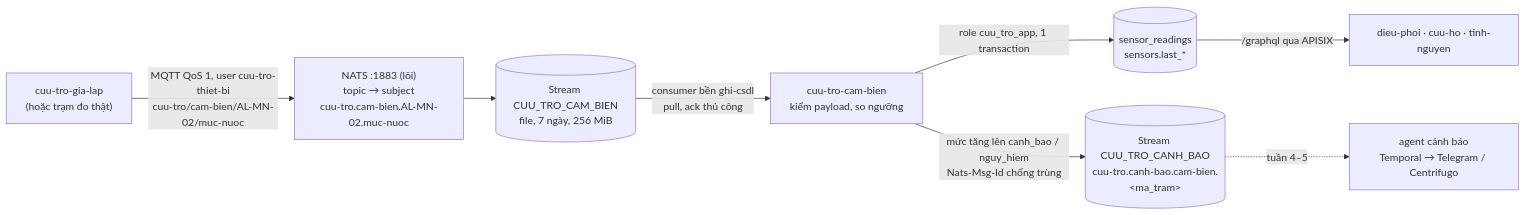
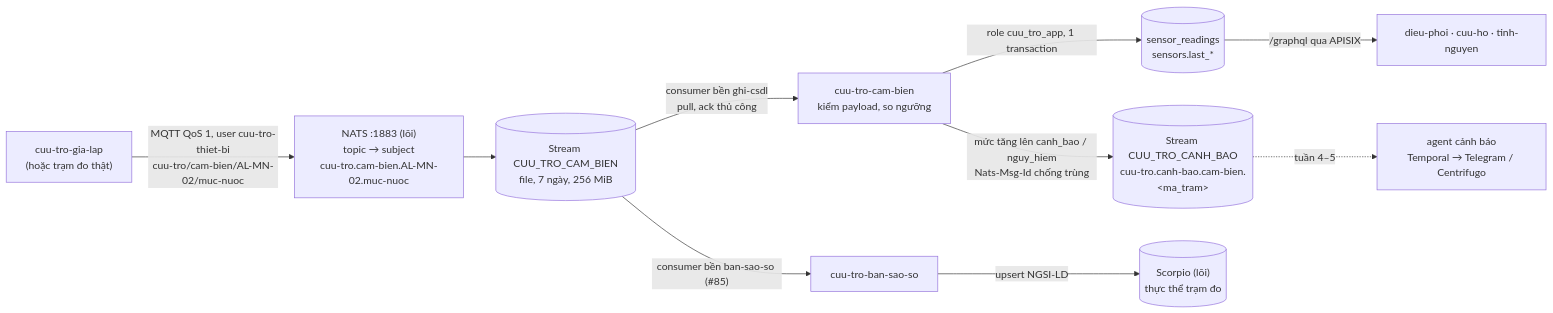
The third of 3 diagrams in apps/cuu-tro/README.md (disaster-dxos/disaster-dxos), drawn with Mermaid before and after one commit. The commit also changed other lines of this file and 37 other files, not shown here.

First line of the commit message:
feat(cam-bien): trận lũ mẫu 9 trạm miền Trung và bản sao số trạm đo NGSI-LD trên Scorpio (#84, #85)

````diff
--- a/apps/cuu-tro/README.md
+++ b/apps/cuu-tro/README.md
@@ -429,10 +429,11 @@
 ```mermaid
 flowchart LR
   gl["cuu-tro-gia-lap<br/>(hoặc trạm đo thật)"] -->|"MQTT QoS 1, user cuu-tro-thiet-bi<br/>cuu-tro/cam-bien/AL-MN-02/muc-nuoc"| nats["NATS :1883 (lõi)<br/>topic → subject<br/>cuu-tro.cam-bien.AL-MN-02.muc-nuoc"]
   nats --> st[("Stream CUU_TRO_CAM_BIEN<br/>file, 7 ngày, 256 MiB")]
   st -->|"consumer bền ghi-csdl<br/>pull, ack thủ công"| cs["cuu-tro-cam-bien<br/>kiểm payload, so ngưỡng"]
   cs -->|"role cuu_tro_app, 1 transaction"| db[("sensor_readings<br/>sensors.last_*")]
   cs -->|"mức tăng lên canh_bao / nguy_hiem<br/>Nats-Msg-Id chống trùng"| cb[("Stream CUU_TRO_CANH_BAO<br/>cuu-tro.canh-bao.cam-bien.&lt;ma_tram&gt;")]
   cb -.->|"tuần 4–5"| ag["agent cảnh báo<br/>Temporal → Telegram / Centrifugo"]
+  st -->|"consumer bền ban-sao-so (#85)"| bs["cuu-tro-ban-sao-so"] -->|"upsert NGSI-LD"| sc[("Scorpio (lõi)<br/>thực thể trạm đo")]
   db -->|"/graphql qua APISIX"| ui["dieu-phoi · cuu-ho · tinh-nguyen"]
 ```
````
